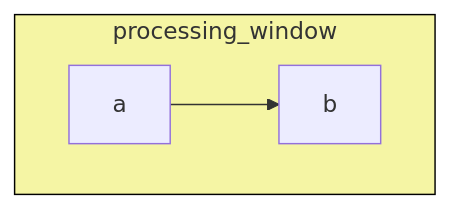
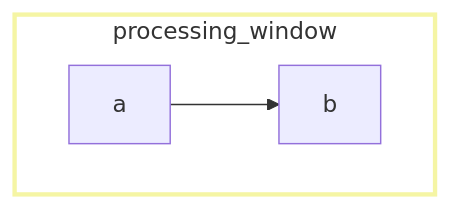
One commit to SASlabgroup/microSWIFT changed the sixth of 7 diagrams in doc/Design.md. Above: the diagram before and after it, drawn with Mermaid. The commit also changed other lines of this file, not shown here.

````diff
--- a/doc/Design.md
+++ b/doc/Design.md
@@ -177,12 +179,12 @@
 ```mermaid
 flowchart LR
     subgraph processing_window
     direction LR
     a-->b
 
     end
 
-    classDef yellow fill:#f5f5a4,stroke:#000000,stroke-width:1px
+    classDef yellow fill:#FFFFFF,stroke:#f5f5a4,stroke-width:3px
     class processing_window yellow
 
 ```
````
